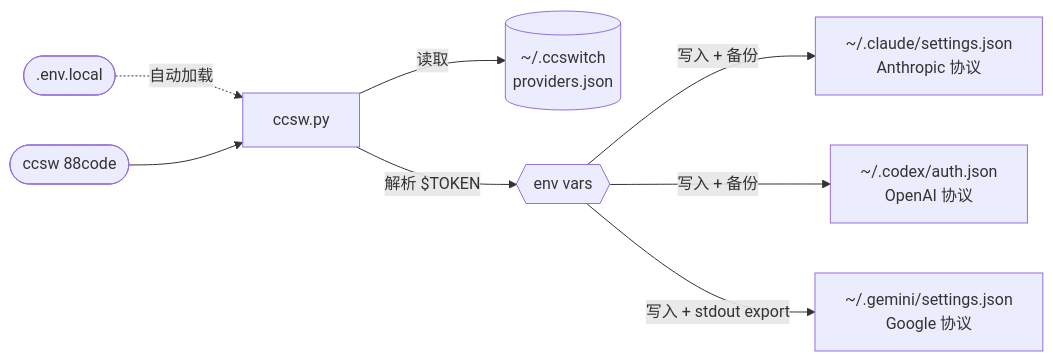
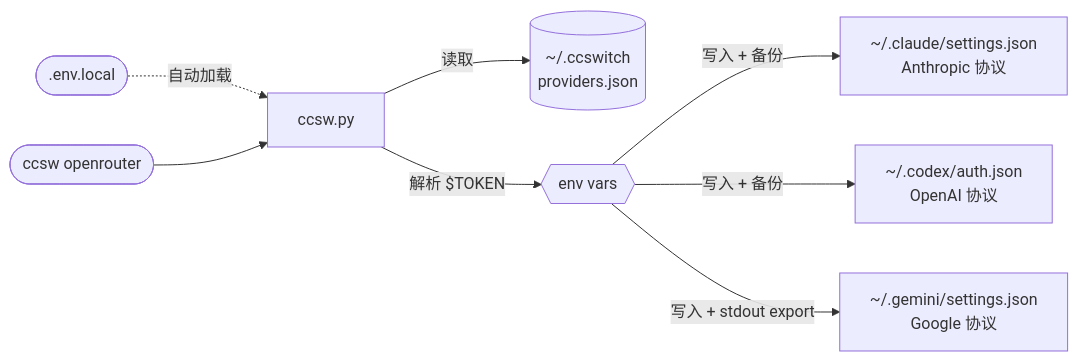
The diagram in README.md (Boulea7/ccswitch--terminal), drawn with Mermaid before and after one commit. The commit also changed other lines of this file and 1 other file, not shown here.

````diff
--- a/README.md
+++ b/README.md
@@ -62,10 +297,10 @@
 ```mermaid
 flowchart LR
     L([".env.local"]) -. "自动加载" .-> P
-    U(["ccsw 88code"]) --> P["ccsw.py"]
+    U(["ccsw openrouter"]) --> P["ccsw.py"]
     P -- "读取" --> DB[("~/.ccswitch\nproviders.json")]
     P -- "解析 $TOKEN" --> E{{"env vars"}}
     E -- "写入 + 备份" --> C["~/.claude/settings.json\nAnthropic 协议"]
     E -- "写入 + 备份" --> X["~/.codex/auth.json\nOpenAI 协议"]
     E -- "写入 + stdout export" --> G["~/.gemini/settings.json\nGoogle 协议"]
 ```
````
